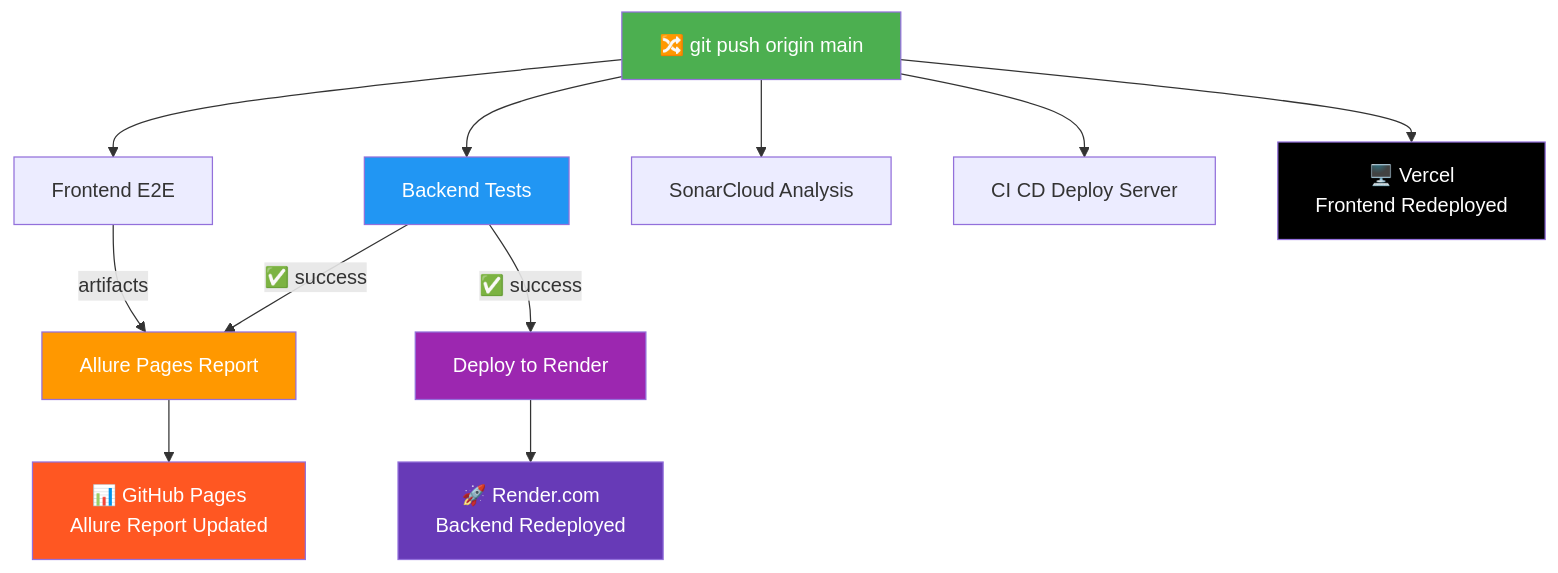
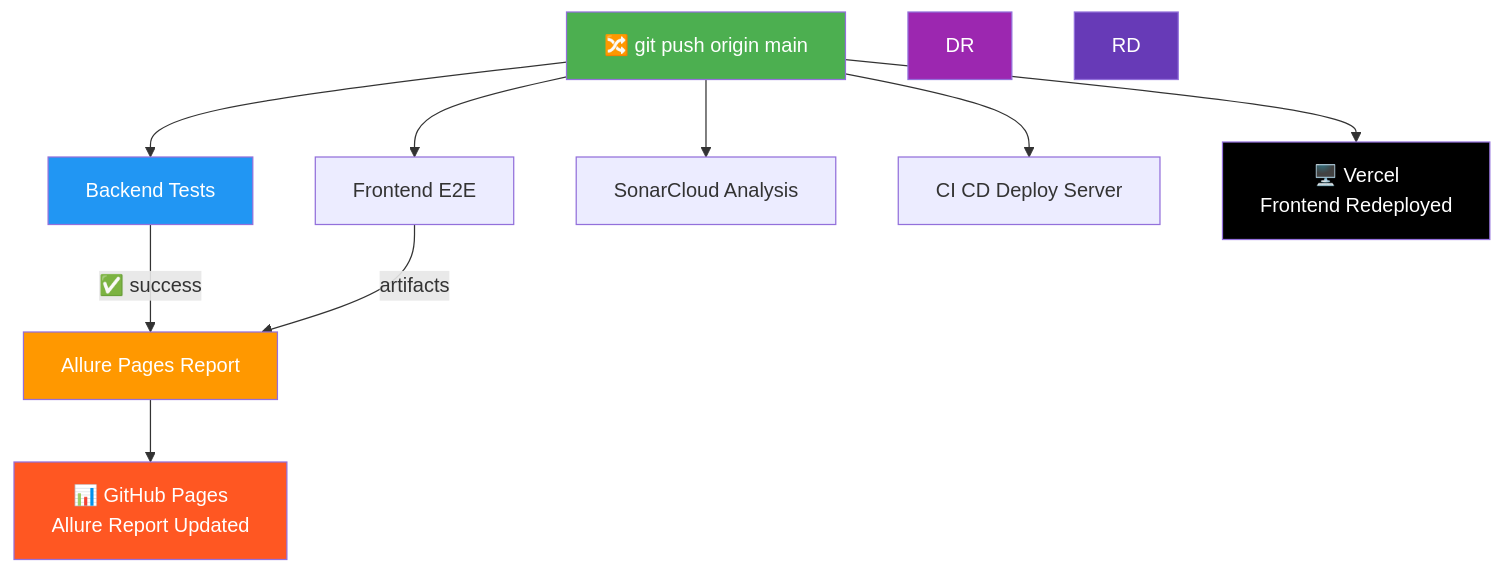
The seventh of 7 diagrams in docs/DEPLOYMENT_GUIDE.md (chi-trung/KCPM), drawn with Mermaid before and after one commit. The commit also changed other lines of this file and 13 other files, not shown here.

````diff
--- a/docs/DEPLOYMENT_GUIDE.md
+++ b/docs/DEPLOYMENT_GUIDE.md
@@ -626,24 +601,22 @@
 ```mermaid
 graph TD
     PUSH["🔀 git push origin main"] --> BT["Backend Tests"]
     PUSH --> FE["Frontend E2E"]
     PUSH --> SC["SonarCloud Analysis"]
     PUSH --> DS["CI CD Deploy Server"]
 
     BT -->|"✅ success"| ALP["Allure Pages Report"]
-    BT -->|"✅ success"| DR["Deploy to Render"]
 
     ALP --> GHP["📊 GitHub Pages<br>Allure Report Updated"]
-    DR --> RD["🚀 Render.com<br>Backend Redeployed"]
     PUSH --> VC["🖥️ Vercel<br>Frontend Redeployed"]
 
     FE -->|"artifacts"| ALP
 
     style PUSH fill:#4CAF50,color:#fff
     style BT fill:#2196F3,color:#fff
     style ALP fill:#FF9800,color:#fff
     style DR fill:#9C27B0,color:#fff
     style VC fill:#000,color:#fff
     style GHP fill:#FF5722,color:#fff
     style RD fill:#673AB7,color:#fff
 ```
````
